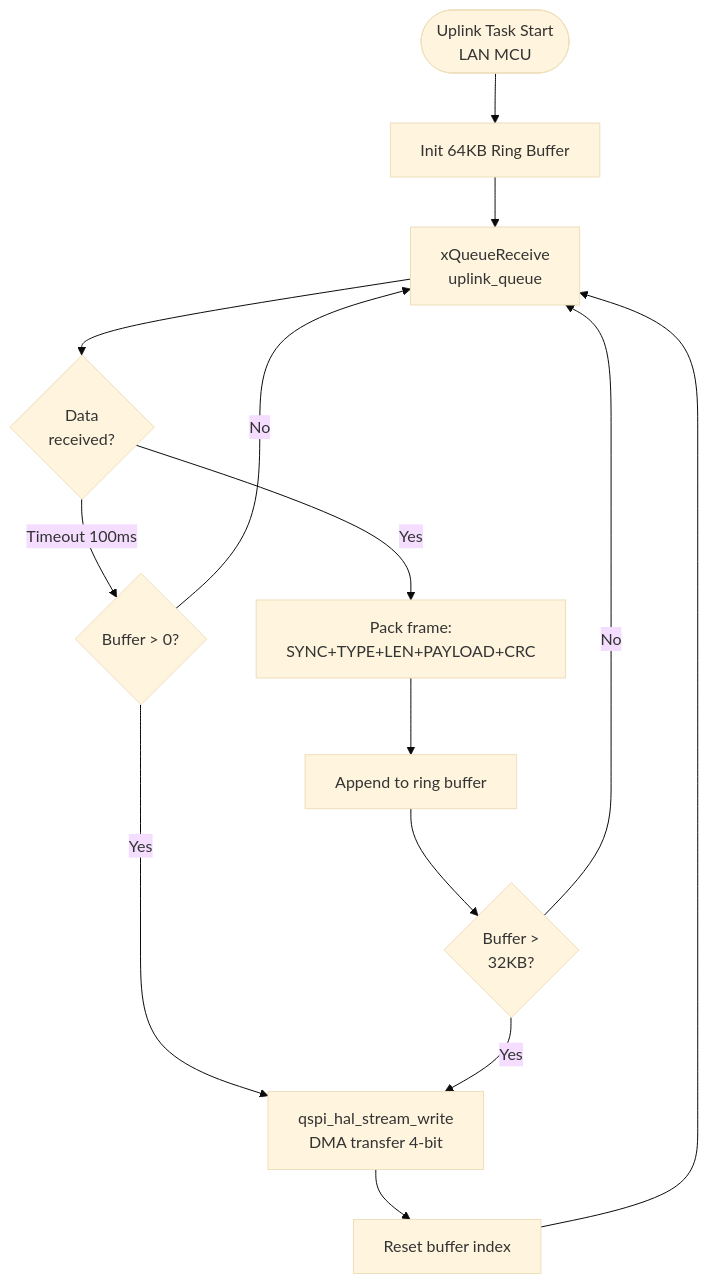
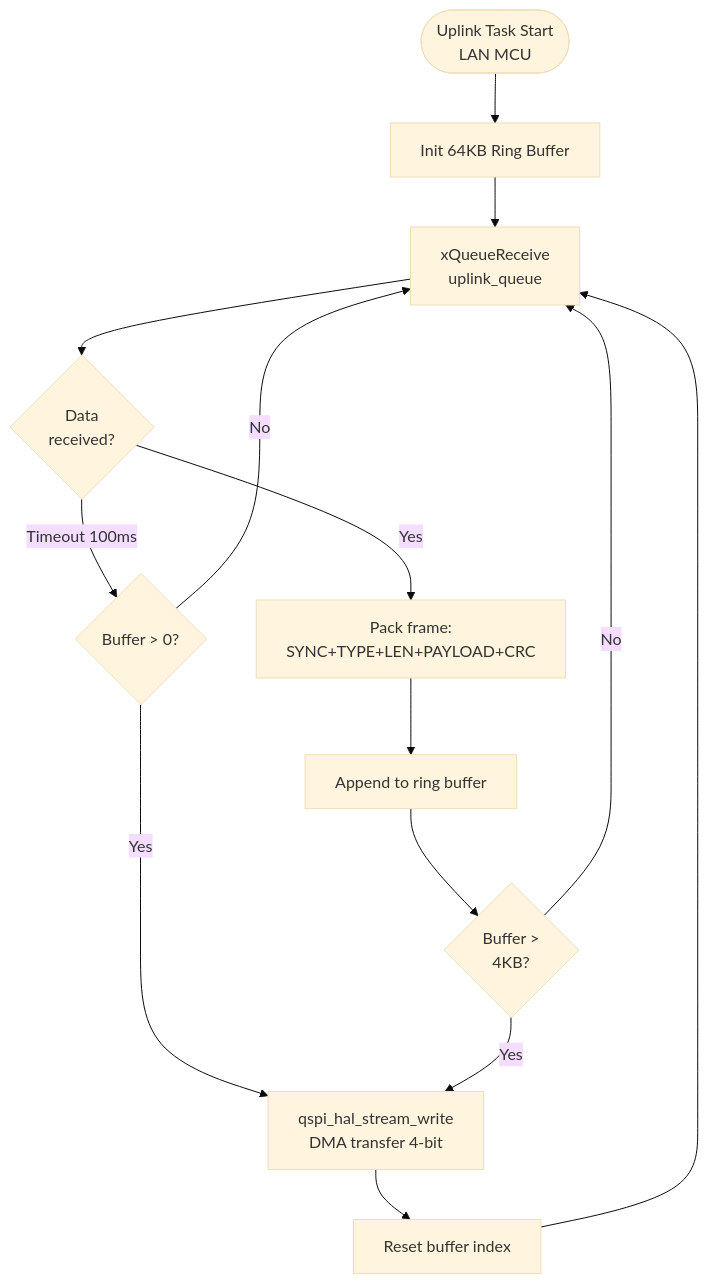
The first of 12 diagrams in QSPI_SDCARD_DESIGN.md (NguyenHoangTrieu/DA2_esp), drawn with Mermaid (base theme) before and after one commit. The commit also changed other lines of this file, not shown here.

````diff
--- a/QSPI_SDCARD_DESIGN.md
+++ b/QSPI_SDCARD_DESIGN.md
@@ -230,20 +214,20 @@
 ```mermaid
 flowchart TD
     Start([Uplink Task Start<br/>LAN MCU]) --> InitBuf[Init 64KB Ring Buffer]
     InitBuf --> WaitQueue[xQueueReceive<br/>uplink_queue]
     
     WaitQueue --> CheckData{Data<br/>received?}
     CheckData -->|Timeout 100ms| CheckFlush{Buffer > 0?}
     CheckFlush -->|Yes| Flush
     CheckFlush -->|No| WaitQueue
     
     CheckData -->|Yes| PackFrame[Pack frame:<br/>SYNC+TYPE+LEN+PAYLOAD+CRC]
     PackFrame --> AppendRing[Append to ring buffer]
     
-    AppendRing --> CheckThresh{Buffer ><br/>32KB?}
+    AppendRing --> CheckThresh{Buffer ><br/>4KB?}
     CheckThresh -->|No| WaitQueue
     CheckThresh -->|Yes| Flush[qspi_hal_stream_write<br/>DMA transfer 4-bit]
     
     Flush --> ResetBuf[Reset buffer index]
     ResetBuf --> WaitQueue
 ```
````
